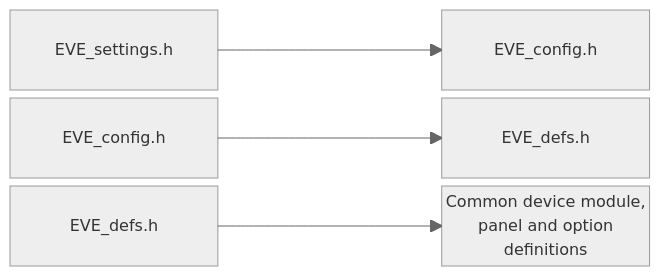
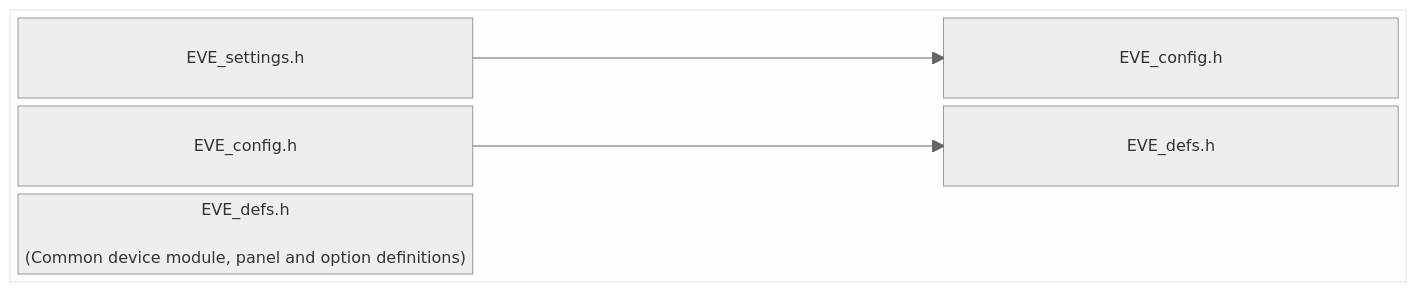
The fourth of 11 diagrams in README.md (Bridgetek/Eve-MCU-Dev), drawn with Mermaid (neutral theme) before and after one commit. The commit also changed other lines of this file, not shown here.

````diff
--- a/README.md
+++ b/README.md
@@ -311,11 +314,15 @@
 ```mermaid
 block
   columns 3
-  A1["EVE_settings.h"]  space   B1["EVE_config.h"]
-  A2["EVE_config.h"]    space   B2["EVE_defs.h"]
-  A3["EVE_defs.h"]      space   B3["Common device module,<br>panel and option<br>definitions"]
 
-  A1 --> B1
-  A2 --> B2
-  A3 --> B3
+  block:CONFIG_LAYER[" "]:3
+    columns 3
+
+    A1["EVE_settings.h"]  space   B1["EVE_config.h"]
+    A2["EVE_config.h"]    space   B2["EVE_defs.h"]
+    A3["EVE_defs.h <br> <br> (Common device module, panel and option definitions)"] 
+
+    A1 --> B1
+    A2 --> B2
+  end
 ```
````
